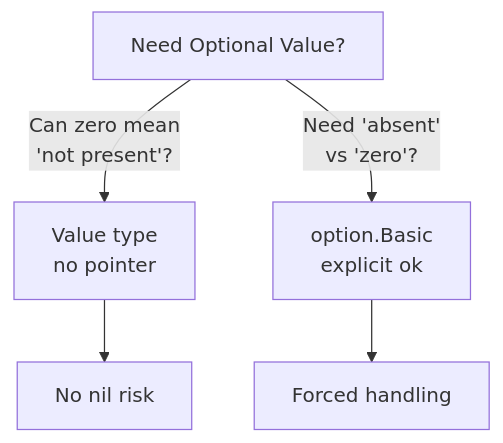
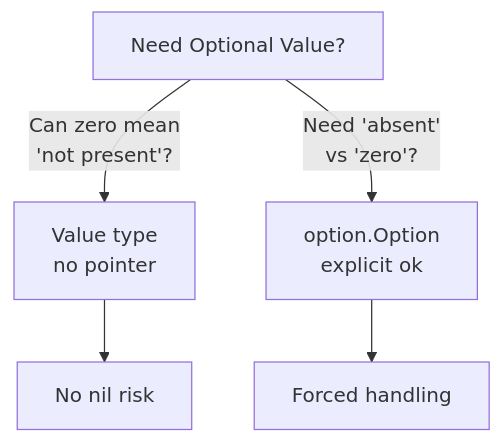
Before and after one commit to binaryphile/fluentfp: the diagram in nil-safety.md, drawn with Mermaid. The commit also changed other lines of this file and 22 other files, not shown here.

Commit message:
feat: rename option.Basic to option.Option

````diff
--- a/nil-safety.md
+++ b/nil-safety.md
@@ -84,8 +84,8 @@
 ```mermaid
 flowchart TD
     Q[Need Optional Value?]
     Q -->|"Can zero mean<br/>'not present'?"| V[Value type<br/>no pointer]
-    Q -->|"Need 'absent'<br/>vs 'zero'?"| O[option.Basic<br/>explicit ok]
+    Q -->|"Need 'absent'<br/>vs 'zero'?"| O[option.Option<br/>explicit ok]
     V --> NR[No nil risk]
     O --> FH[Forced handling]
 ```
````
